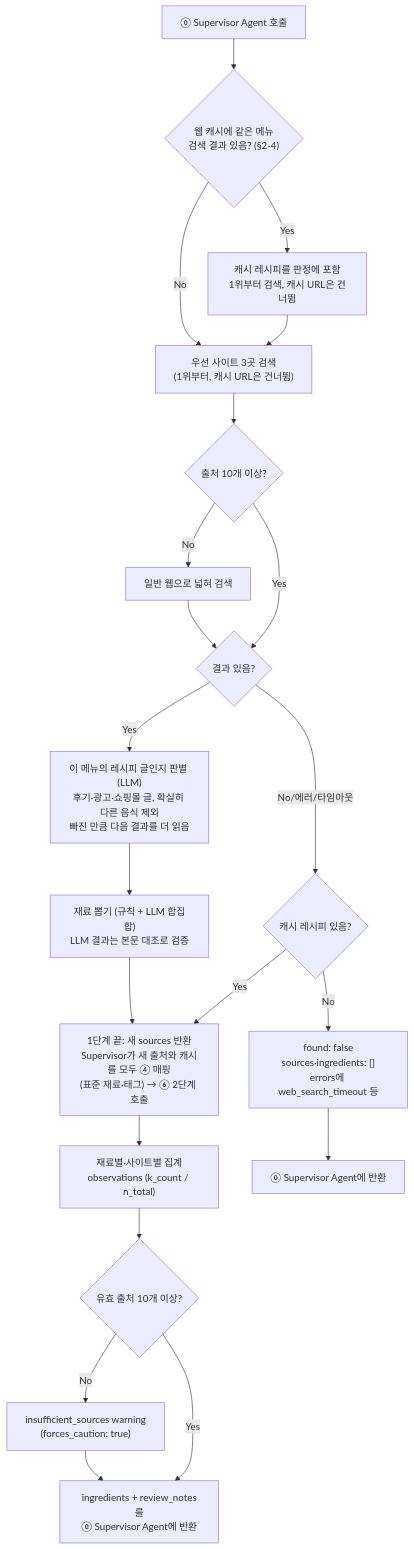
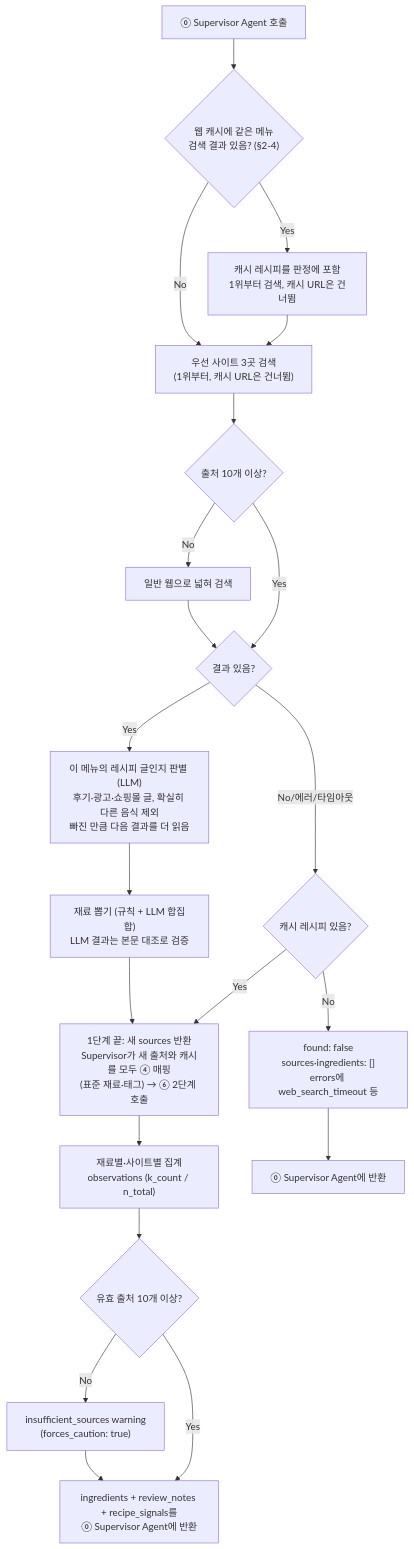
One commit to Han-Spoon/ai changed the second of 2 diagrams in docs/6-agent-websearch.md. Above: the diagram before and after it, drawn with Mermaid. The commit also changed other lines of this file and 2 other files, not shown here.

Commit message:
docs: record recipe signals and review reason check

````diff
--- a/docs/6-agent-websearch.md
+++ b/docs/6-agent-websearch.md
@@ -320,23 +321,23 @@
 ```mermaid
 flowchart TD
     S[⓪ Supervisor Agent 호출] --> CA{"웹 캐시에 같은 메뉴<br/>검색 결과 있음? (§2-4)"}
     CA -->|Yes| CR["캐시 레시피를 판정에 포함<br/>1위부터 검색, 캐시 URL은 건너뜀"]
     CR --> Q
     CA -->|No| Q["우선 사이트 3곳 검색<br/>(1위부터, 캐시 URL은 건너뜀)"]
     Q --> QE{"출처 10개 이상?"}
     QE -->|No| QG["일반 웹으로 넓혀 검색"]
     QE -->|Yes| R{결과 있음?}
     QG --> R
     R -->|No/에러/타임아웃| FC{"캐시 레시피 있음?"}
     FC -->|Yes| MAP
     FC -->|No| F["found: false<br/>sources·ingredients: []<br/>errors에 web_search_timeout 등"]
     R -->|Yes| RJ["이 메뉴의 레시피 글인지 판별 (LLM)<br/>후기·광고·쇼핑몰 글, 확실히 다른 음식 제외<br/>빠진 만큼 다음 결과를 더 읽음"]
     RJ --> C["재료 뽑기 (규칙 + LLM 합집합)<br/>LLM 결과는 본문 대조로 검증"]
     C --> MAP["1단계 끝: 새 sources 반환<br/>Supervisor가 새 출처와 캐시를 모두 ④ 매핑<br/>(표준 재료·태그) → ⑥ 2단계 호출"]
     MAP --> AGG["재료별·사이트별 집계<br/>observations (k_count / n_total)"]
     AGG --> MIN{"유효 출처 10개 이상?"}
     MIN -->|No| W["insufficient_sources warning<br/>(forces_caution: true)"]
     MIN -->|Yes| OUT
-    W --> OUT["ingredients + review_notes를<br/>⓪ Supervisor Agent에 반환"]
+    W --> OUT["ingredients + review_notes + recipe_signals를<br/>⓪ Supervisor Agent에 반환"]
     F --> OUT2[⓪ Supervisor Agent에 반환]
 ```
````
